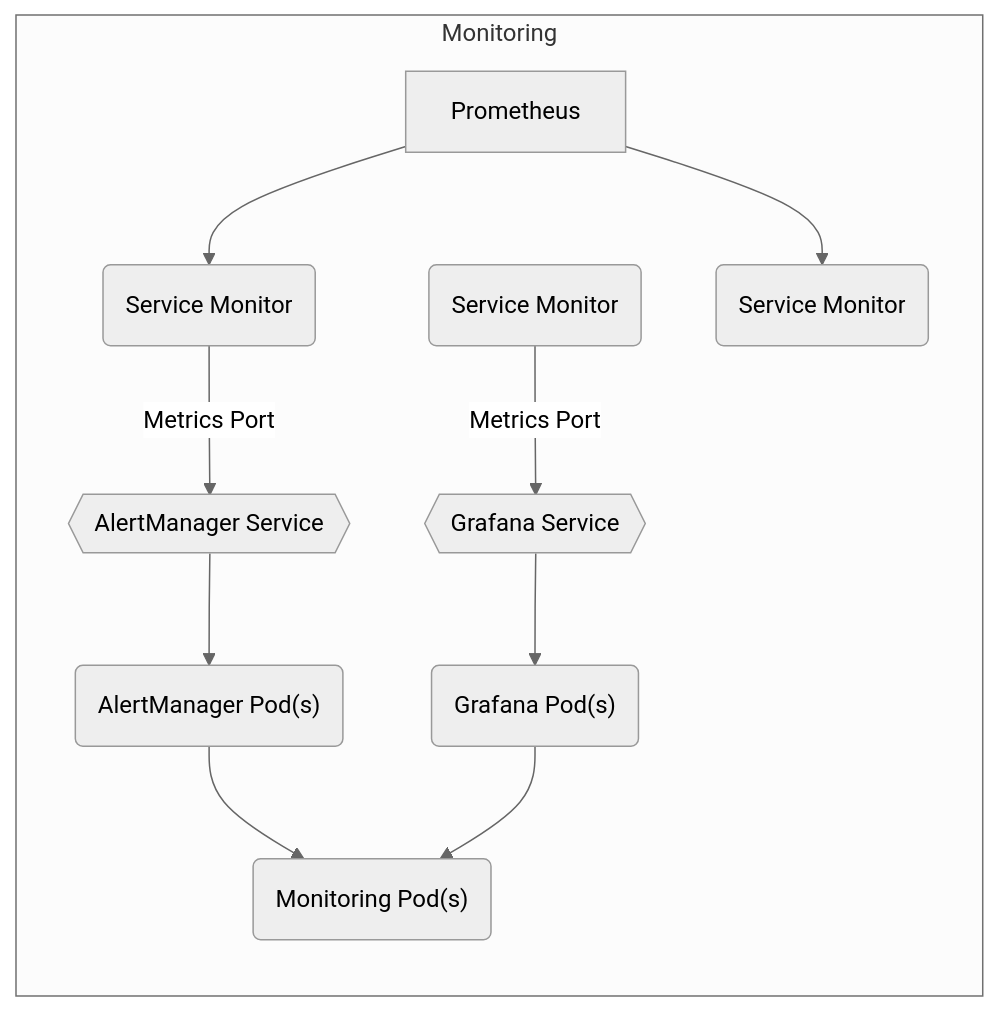
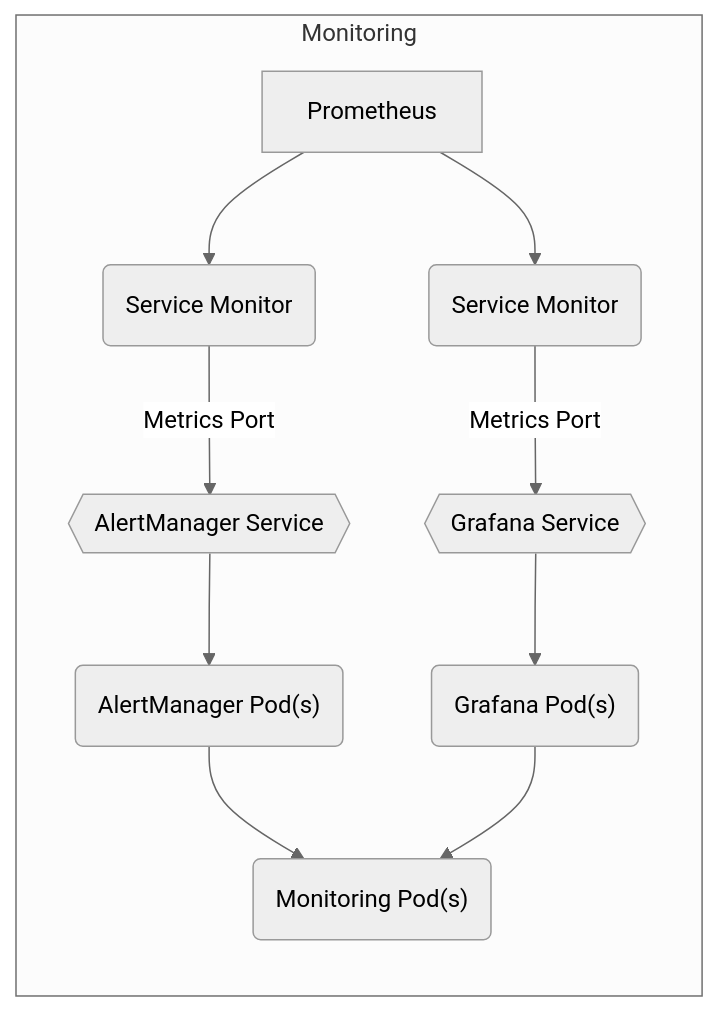
The diagram in charter/packages/monitoring/Architecture.md (sbko/bigbang), drawn with Mermaid (neutral theme) before and after one commit.

Commit message:
monitoring architecture

````diff
--- a/charter/packages/monitoring/Architecture.md
+++ b/charter/packages/monitoring/Architecture.md
@@ -12,16 +12,16 @@
  ```mermaid
 graph LR
   subgraph "Monitoring"
     alertmanagerpods("AlertManager Pod(s)") --> monitoringpods("Monitoring Pod(s)")
     alertmanagerservice{{AlertManager Service}} --> alertmanagerpods("AlertManager Pod(s)")
     alertmanagersvcmonitor("Service Monitor") --"Metrics Port"--> alertmanagerservice
     Prometheus --> alertmanagersvcmonitor("Service Monitor")
     grafanapods("Grafana Pod(s)") --> monitoringpods("Monitoring Pod(s)")
     grafanaservice{{Grafana Service}} --> grafanapods("Grafana Pod(s)")
-    grafanarsvcmonitor("Service Monitor") --"Metrics Port"--> grafanaservice
+    grafanasvcmonitor("Service Monitor") --"Metrics Port"--> grafanaservice
     Prometheus --> grafanasvcmonitor("Service Monitor")
 
     
   end
   
 ```   
````
